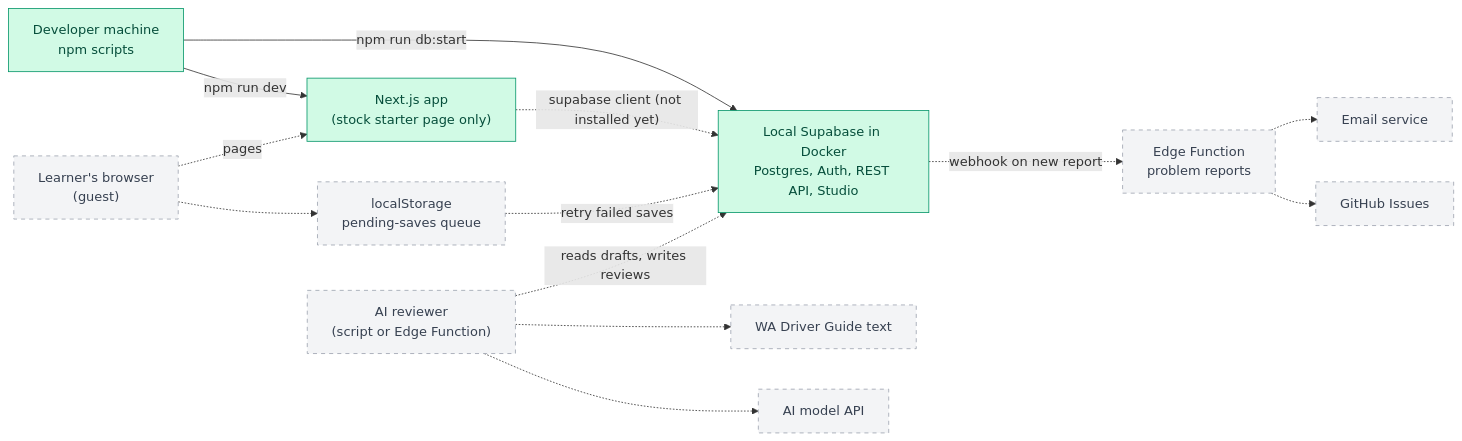
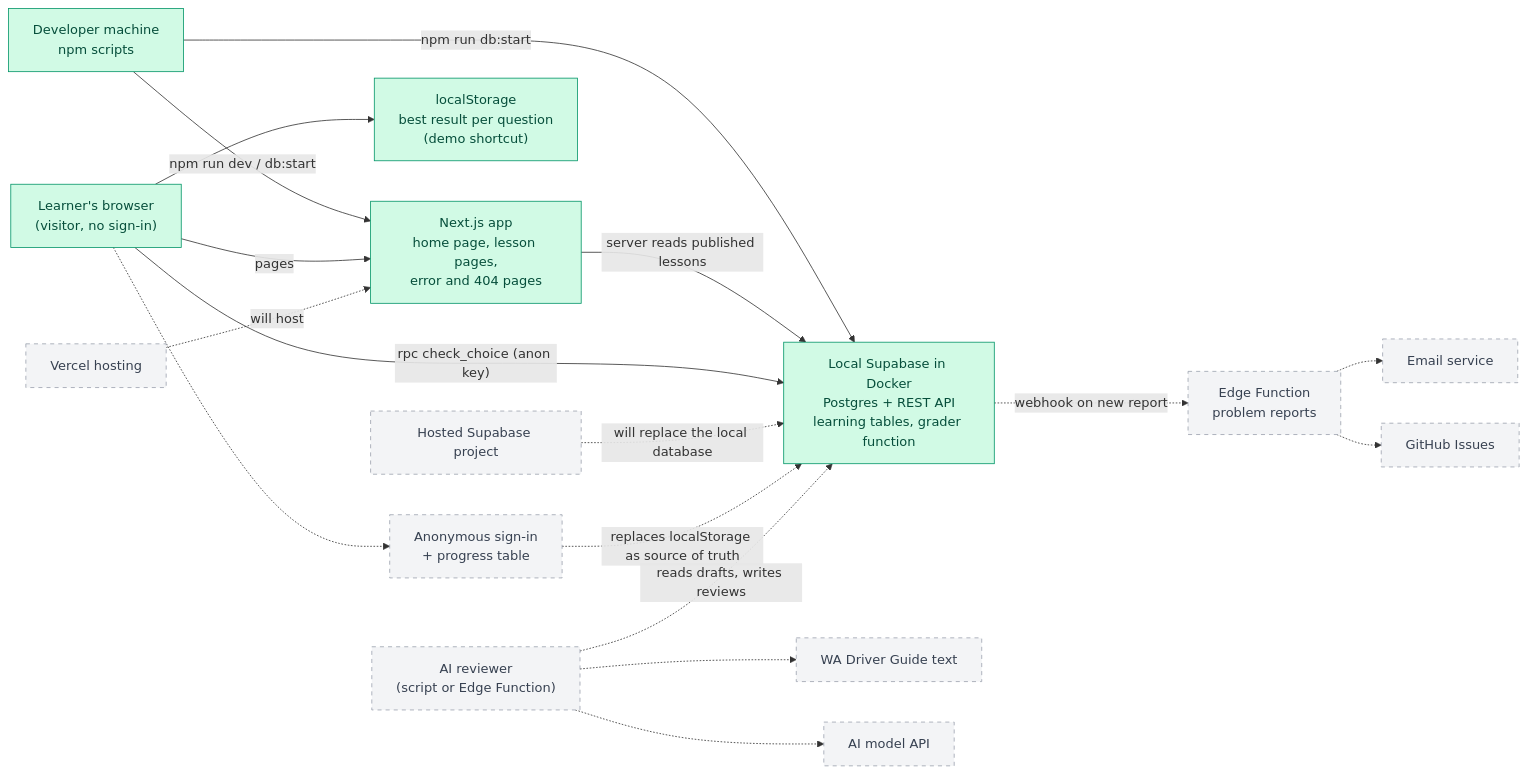
One commit to abdulrahman1121/super-driver changed the first of 9 diagrams in architecture/data-flow.md. Above: the diagram before and after it, drawn with Mermaid. The commit also changed other lines of this file and 27 other files, not shown here.

````diff
--- a/architecture/data-flow.md
+++ b/architecture/data-flow.md
@@ -11,32 +11,39 @@
 ```mermaid
 flowchart LR
   classDef built fill:#d1fae5,stroke:#059669,color:#064e3b
   classDef planned fill:#f3f4f6,stroke:#9ca3af,stroke-dasharray:5 5,color:#374151
 
   Dev["Developer machine<br/>npm scripts"]:::built
-  Next["Next.js app<br/>(stock starter page only)"]:::built
-  SB["Local Supabase in Docker<br/>Postgres, Auth, REST API, Studio"]:::built
+  Browser["Learner's browser<br/>(visitor, no sign-in)"]:::built
+  Next["Next.js app<br/>home page, lesson pages,<br/>error and 404 pages"]:::built
+  SB["Local Supabase in Docker<br/>Postgres + REST API<br/>learning tables, grader function"]:::built
+  LS["localStorage<br/>best result per question<br/>(demo shortcut)"]:::built
 
-  Browser["Learner's browser<br/>(guest)"]:::planned
-  LS["localStorage<br/>pending-saves queue"]:::planned
+  Vercel["Vercel hosting"]:::planned
+  HSB["Hosted Supabase project"]:::planned
+  Auth["Anonymous sign-in<br/>+ progress table"]:::planned
   Reviewer["AI reviewer<br/>(script or Edge Function)"]:::planned
   Guide["WA Driver Guide text"]:::planned
   AI["AI model API"]:::planned
   Edge["Edge Function<br/>problem reports"]:::planned
   Mail["Email service"]:::planned
   GH["GitHub Issues"]:::planned
 
-  Dev -->|"npm run dev"| Next
+  Dev -->|"npm run dev / db:start"| Next
   Dev -->|"npm run db:start"| SB
+  Browser -->|"pages"| Next
+  Next -->|"server reads published lessons"| SB
+  Browser -->|"rpc check_choice (anon key)"| SB
+  Browser --> LS
 
-  Browser -.->|"pages"| Next
-  Next -.->|"supabase client (not installed yet)"| SB
-  Browser -.-> LS
-  LS -.->|"retry failed saves"| SB
+  Vercel -.->|"will host"| Next
+  HSB -.->|"will replace the local database"| SB
+  Browser -.-> Auth
+  Auth -.->|"replaces localStorage as source of truth"| SB
   Reviewer -.->|"reads drafts, writes reviews"| SB
   Reviewer -.-> Guide
   Reviewer -.-> AI
   SB -.->|"webhook on new report"| Edge
   Edge -.-> Mail
   Edge -.-> GH
 ```
````
